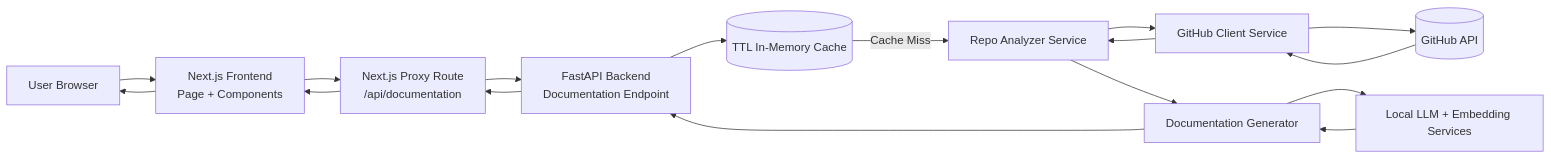
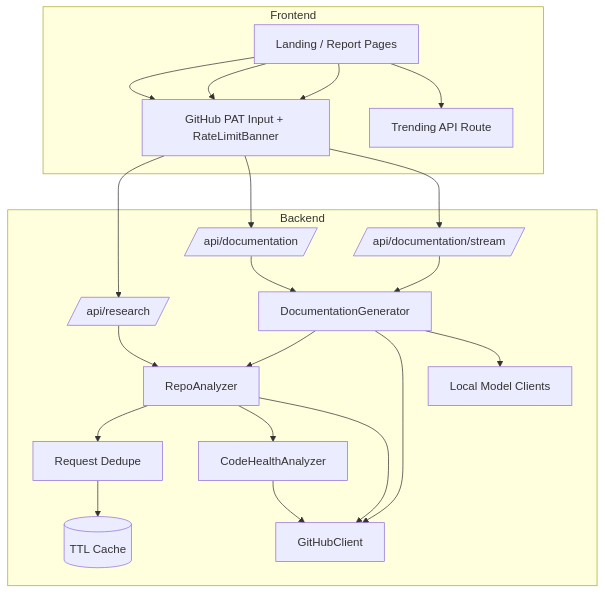
The second of 2 diagrams in docs/PROJECT_DOCUMENTATION.md (phitrann/LazyDoc), drawn with Mermaid before and after one commit. The commit also changed other lines of this file and 32 other files, not shown here.

````diff
--- a/docs/PROJECT_DOCUMENTATION.md
+++ b/docs/PROJECT_DOCUMENTATION.md
@@ -61,30 +97,37 @@
 ```mermaid
-flowchart LR
-    U[User Browser]
-    FE[Next.js Frontend<br>Page + Components]
-  PR[Next.js Proxy Route<br>/api/documentation]
-  BE[FastAPI Backend<br>Documentation Endpoint]
-    AN[Repo Analyzer Service]
-  DG[Documentation Generator]
-  LM[Local LLM + Embedding Services]
-    GC[GitHub Client Service]
-    CA[(TTL In-Memory Cache)]
-    GH[(GitHub API)]
+flowchart TB
+    subgraph Frontend
+      U[Landing / Report Pages]
+      UI[GitHub PAT Input + RateLimitBanner]
+      TREND[Trending API Route]
+    end
 
-    U --> FE
-    FE --> PR
-    PR --> BE
-    BE --> CA
-    CA -- Cache Miss --> AN
-    AN --> GC
-    GC --> GH
-    GH --> GC
-    GC --> AN
-    AN --> DG
+    subgraph Backend
+      R[/api/research/]
+      D[/api/documentation/]
+      DS[/api/documentation/stream/]
+      A[RepoAnalyzer]
+      CH[CodeHealthAnalyzer]
+      DG[DocumentationGenerator]
+      G[GitHubClient]
+      C[(TTL Cache)]
+      DED[Request Dedupe]
+      LM[Local Model Clients]
+    end
+
+    U --> UI --> R
+    U --> UI --> D
+    U --> UI --> DS
+    U --> TREND
+    R --> A
+    D --> DG
+    DS --> DG
+    A --> DED
+    DED --> C
+    A --> CH
+    A --> G
+    CH --> G
+    DG --> A
+    DG --> G
     DG --> LM
-    LM --> DG
-    DG --> BE
-    BE --> PR
-    PR --> FE
-    FE --> U
 ```
````
